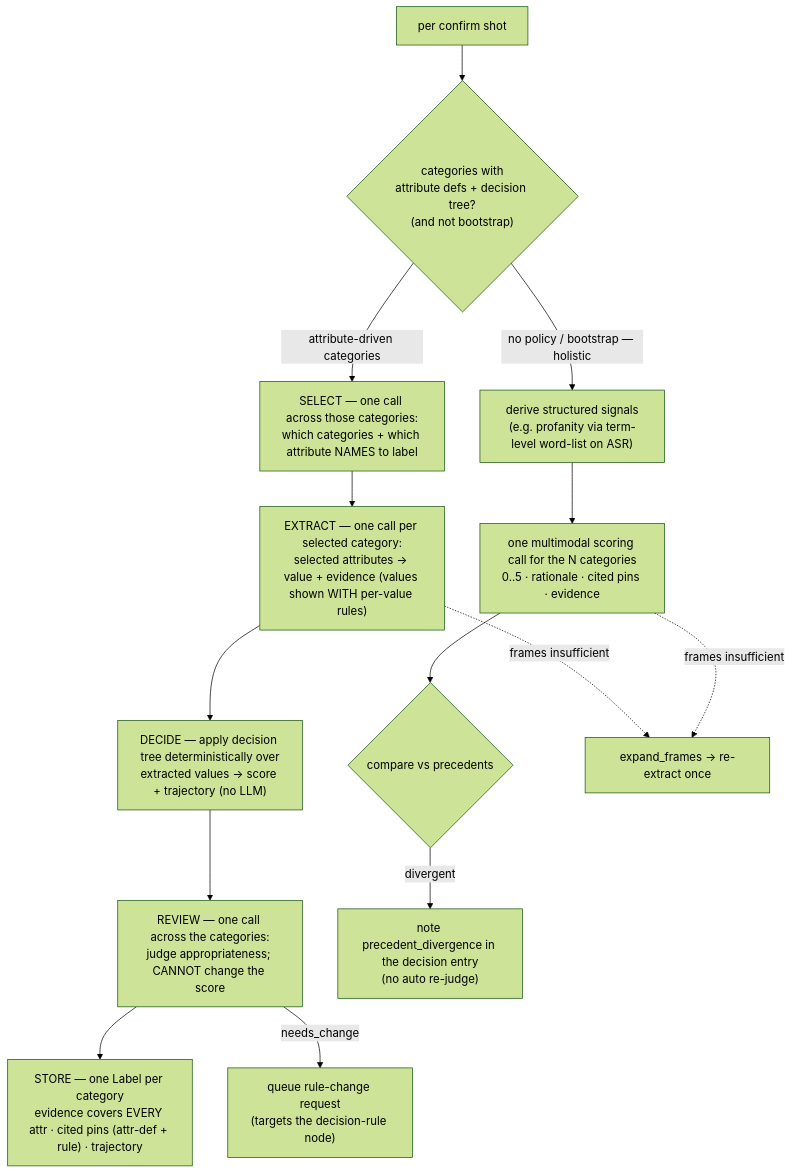
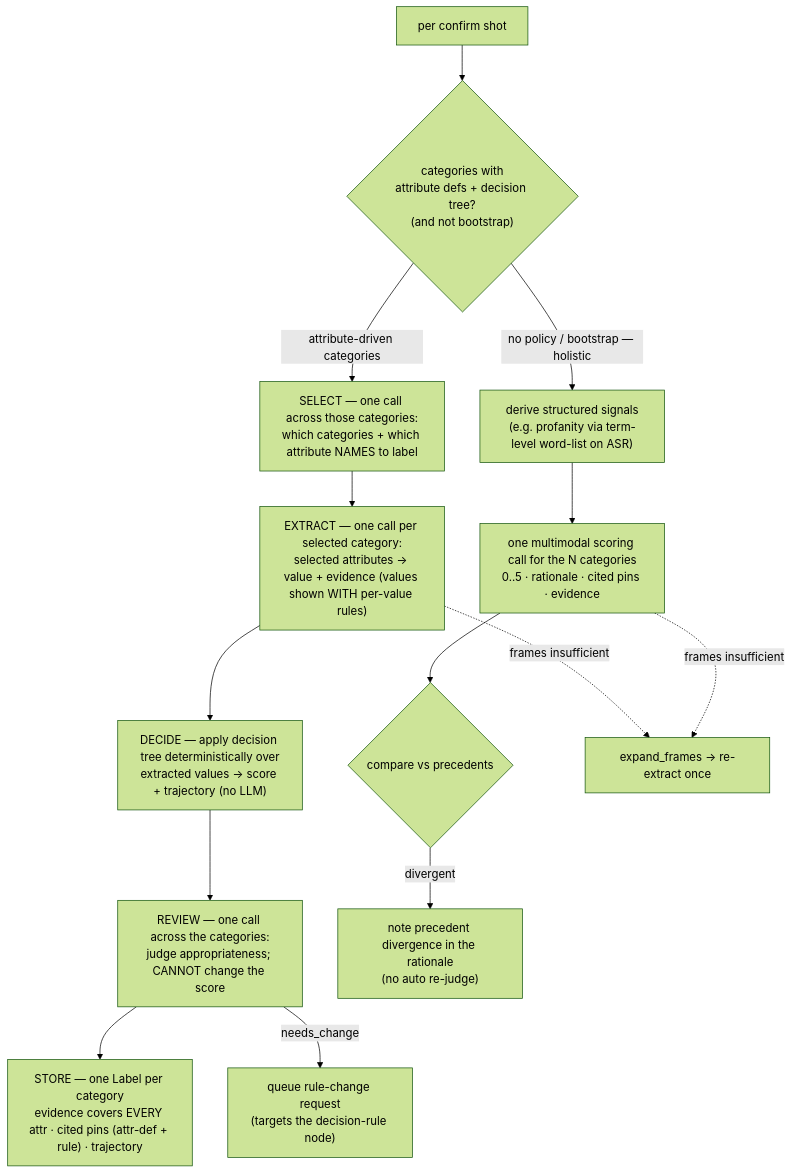
The second of 2 diagrams in docs/AGENT_WORKFLOW.md (jhoowy/GV-Auto-Labelling-Agent), drawn with Mermaid (forest theme) before and after one commit. The commit also changed other lines of this file and 6 other files, not shown here.

````diff
--- a/docs/AGENT_WORKFLOW.md
+++ b/docs/AGENT_WORKFLOW.md
@@ -85,20 +85,20 @@
 ```mermaid
 flowchart TB
   IN["per confirm shot"]
   IN --> Q{"categories with<br/>attribute defs + decision tree?<br/>(and not bootstrap)"}
 
   Q -->|"attribute-driven categories"| SEL["SELECT — one call across those categories:<br/>which categories + which attribute NAMES to label"]
   SEL --> EXT["EXTRACT — one call per selected category:<br/>selected attributes → value + evidence (values shown WITH per-value rules)"]
   EXT --> DEC["DECIDE — apply decision tree deterministically over<br/>extracted values → score + trajectory (no LLM)"]
   DEC --> REV["REVIEW — one call across the categories:<br/>judge appropriateness; CANNOT change the score"]
   REV --> STO["STORE — one Label per category<br/>evidence covers EVERY attr · cited pins (attr-def + rule) · trajectory"]
   REV -->|"needs_change"| RC["queue rule-change request<br/>(targets the decision-rule node)"]
 
   Q -->|"no policy / bootstrap — holistic"| HD["derive structured signals<br/>(e.g. profanity via term-level word-list on ASR)"]
   HD --> HS["one multimodal scoring call for the N categories<br/>0..5 · rationale · cited pins · evidence"]
   HS --> CK{"compare vs precedents"}
-  CK -->|"divergent"| ISS["note precedent_divergence in the decision entry<br/>(no auto re-judge)"]
+  CK -->|"divergent"| ISS["note precedent divergence in the rationale<br/>(no auto re-judge)"]
 
   EXT -.->|"frames insufficient"| EXP["expand_frames → re-extract once"]
   HS -.->|"frames insufficient"| EXP
 ```
````
